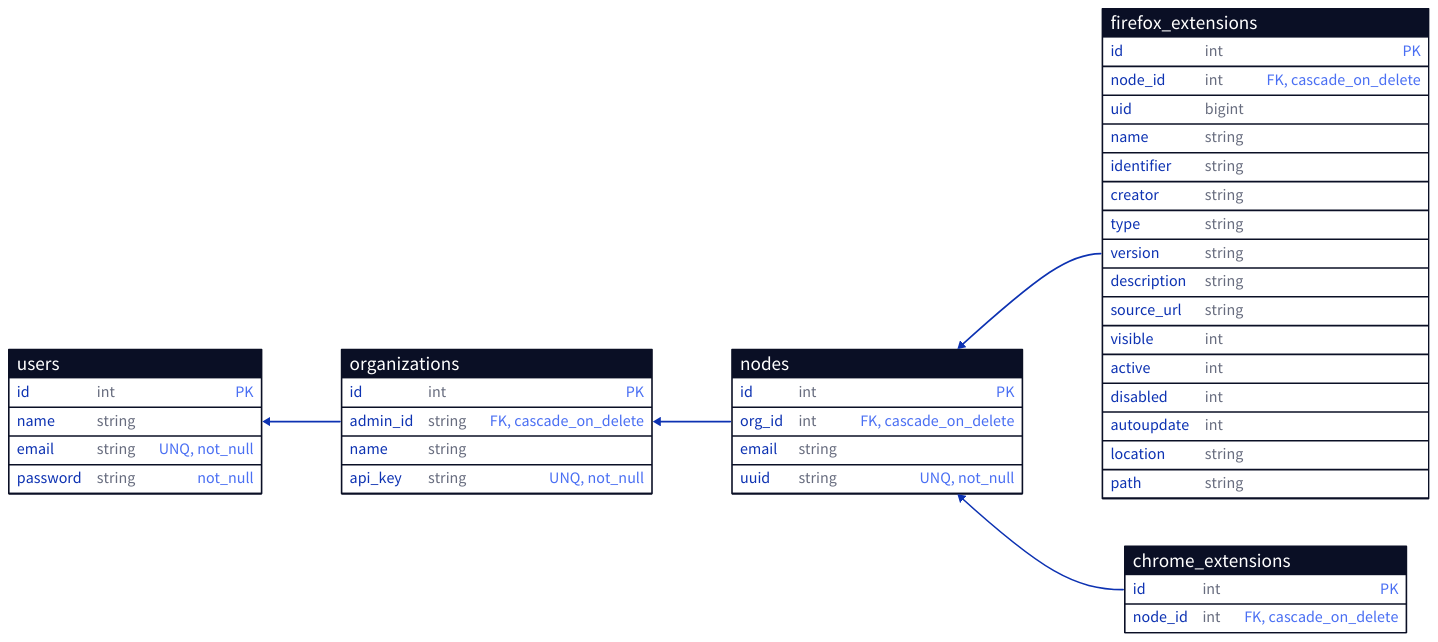
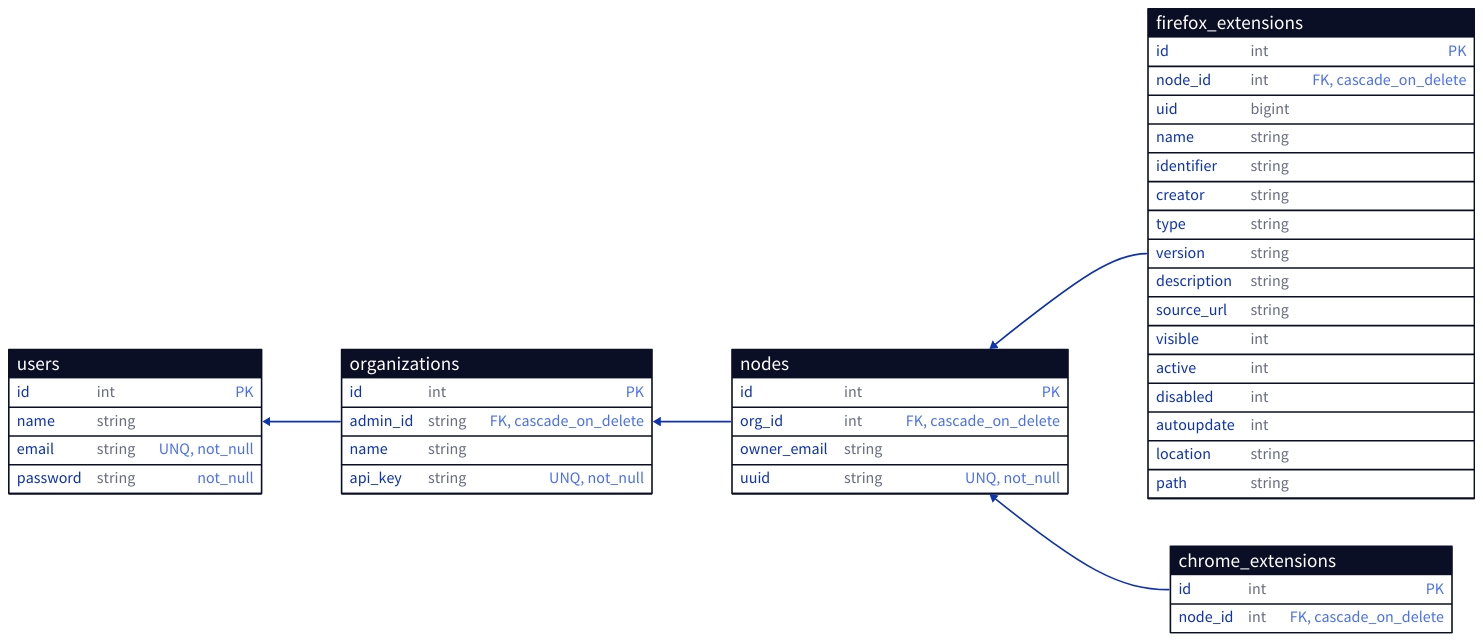
One commit to jarp0l/browser-ext-mon changed the diagram in docs/diagrams/db_schema.d2. Above: the diagram before and after it, drawn with D2.

Commit message:
docs: fix owner_email column in nodes

```diff
--- a/docs/diagrams/db_schema.d2
+++ b/docs/diagrams/db_schema.d2
@@ -1,64 +1,64 @@
 direction: left
 
 # admin users
 users: {
   shape: sql_table
   id: int {constraint: PK}
   name: string
   email: string {constraint: [UNQ; not_null]}
   password: string {constraint: not_null}
 }
 
 organizations: {
   shape: sql_table
   id: int {constraint: PK}
   admin_id: string {constraint: [FK; cascade_on_delete]}
   name: string
   api_key: string {constraint: [UNQ; not_null]}
 }
 
 organizations.admin_id -> users.email
 
 # users/machines in the organization
 # this is where osquery enroll data is stored
 nodes: {
   shape: sql_table
   id: int {constraint: PK}
   org_id: int {constraint: [FK; cascade_on_delete]}
-  email: string
+  owner_email: string
   uuid: string {constraint: [UNQ; not_null]}
 }
 
 nodes.org_id -> organizations.id
 
 # osquery logs for firefox browser extensions
 # schema: https://osquery.io/schema/5.11.0/#firefox_addons
 firefox_extensions: {
   shape: sql_table
   id: int {constraint: PK}
   node_id: int {constraint: [FK; cascade_on_delete]}
   uid: bigint
   name: string
   identifier: string
   creator: string
   type: string
   version: string
   description: string
   source_url: string
   visible: int
   active: int
   disabled: int
   autoupdate: int
   location: string
   path: string
 }
 
 firefox_extensions.node_id -> nodes.id
 
 chrome_extensions: {
   shape: sql_table
   id: int {constraint: PK}
   node_id: int {constraint: [FK; cascade_on_delete]}
 }
 
 chrome_extensions.node_id -> nodes.id
```
